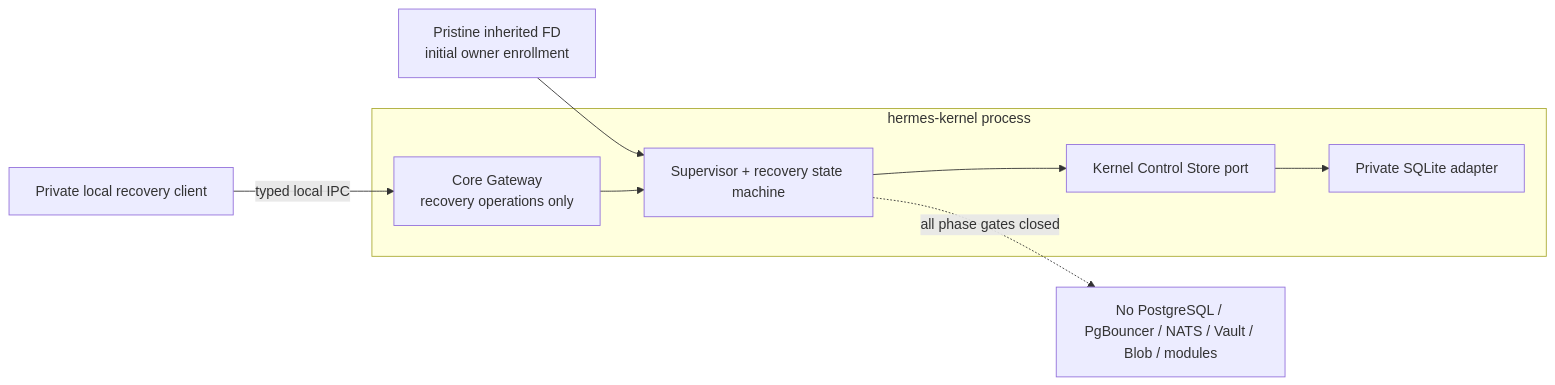
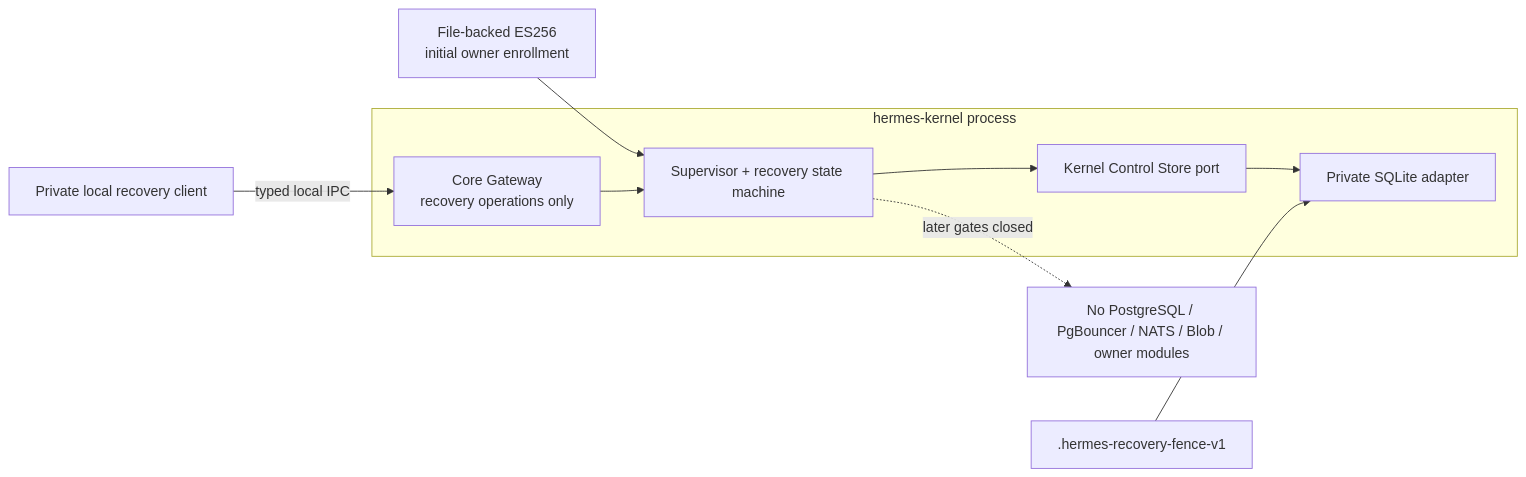
The first of 2 diagrams in docs/architecture/container-diagram.md (Mesteriis/hermes-os), drawn with Mermaid before and after one commit. The commit also changed other lines of this file and 475 other files, not shown here.

````diff
--- a/docs/architecture/container-diagram.md
+++ b/docs/architecture/container-diagram.md
@@ -11,11 +11,12 @@
 ```mermaid
 flowchart LR
     LocalClient["Private local recovery client"] -->|"typed local IPC"| Gateway["Core Gateway\nrecovery operations only"]
-    Bootstrap["Pristine inherited FD\ninitial owner enrollment"] --> Kernel
+    Bootstrap["File-backed ES256\ninitial owner enrollment"] --> Kernel
     subgraph KernelProcess["hermes-kernel process"]
         Gateway --> Kernel["Supervisor + recovery state machine"]
         Kernel --> Port["Kernel Control Store port"]
         Port --> SQLite["Private SQLite adapter"]
     end
-    Kernel -. "all phase gates closed" .-> Blocked["No PostgreSQL / PgBouncer / NATS / Vault / Blob / modules"]
+    Fence[".hermes-recovery-fence-v1"] --> SQLite
+    Kernel -. "later gates closed" .-> Blocked["No PostgreSQL / PgBouncer / NATS / Blob / owner modules"]
 ```
````
